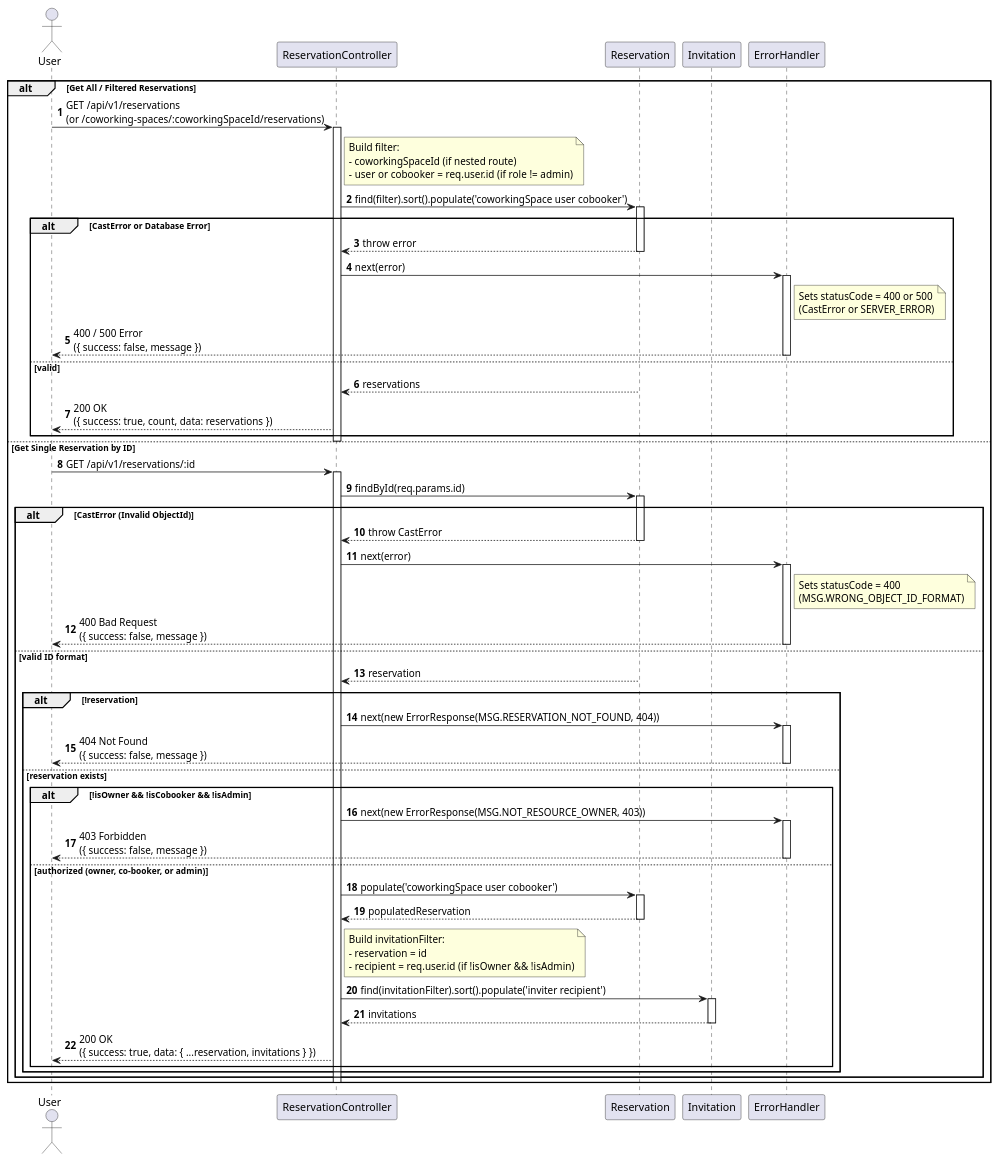
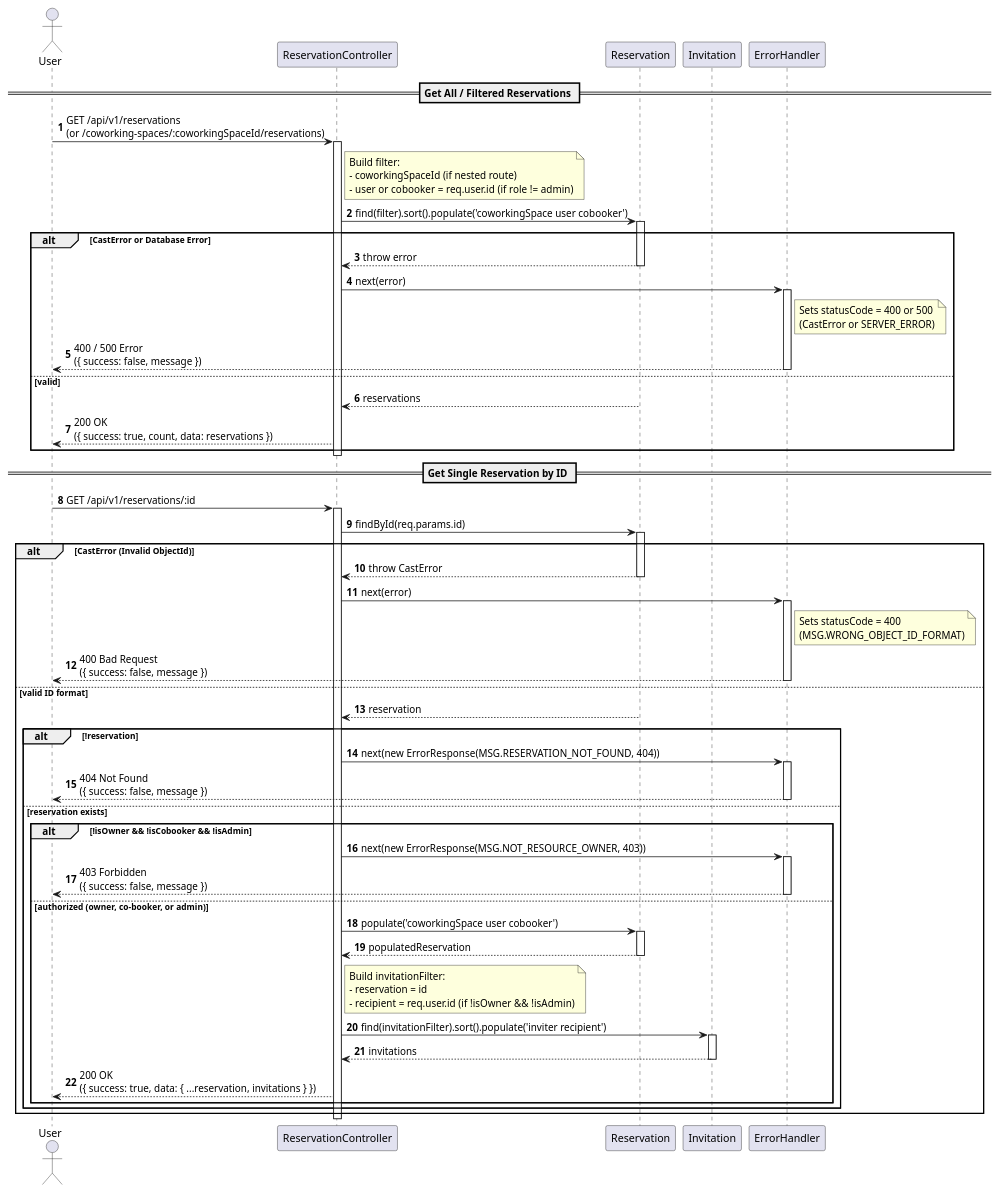
Before and after one commit to AiSiriRak/peony-room: the diagram in docs/diagrams/sequence-diagram/seq-view-reservations.puml, drawn with PlantUML. The commit also changed 10 other files, not shown here.

Commit message:
fix(docs): add logout seq and edit sequence

```diff
--- a/docs/diagrams/sequence-diagram/seq-view-reservations.puml
+++ b/docs/diagrams/sequence-diagram/seq-view-reservations.puml
@@ -1,85 +1,93 @@
 @startuml View Reservations Sequence
 autonumber
 
 actor "User" as user
 participant "ReservationController" as controller
 participant "Reservation" as reservationSchema
 participant "Invitation" as invitationSchema
 participant "ErrorHandler" as errHandler
 
-alt Get All / Filtered Reservations
-    user -> controller : GET /api/v1/reservations\n(or /coworking-spaces/:coworkingSpaceId/reservations)
-    activate controller
+== Get All / Filtered Reservations ==
 
-    note right of controller : Build filter:\n- coworkingSpaceId (if nested route)\n- user or cobooker = req.user.id (if role != admin)
+user -> controller : GET /api/v1/reservations\n(or /coworking-spaces/:coworkingSpaceId/reservations)
+activate controller
 
-    controller -> reservationSchema : find(filter).sort().populate('coworkingSpace user cobooker')
-    activate reservationSchema
+note right of controller : Build filter:\n- coworkingSpaceId (if nested route)\n- user or cobooker = req.user.id (if role != admin)
 
-    alt CastError or Database Error
-        reservationSchema --> controller : throw error
-        deactivate reservationSchema
-        controller -> errHandler : next(error)
+controller -> reservationSchema : find(filter).sort().populate('coworkingSpace user cobooker')
+activate reservationSchema
+
+alt CastError or Database Error
+    reservationSchema --> controller : throw error
+    deactivate reservationSchema
+
+    controller -> errHandler : next(error)
+    activate errHandler
+    note right of errHandler : Sets statusCode = 400 or 500\n(CastError or SERVER_ERROR)
+    errHandler --> user : 400 / 500 Error\n({ success: false, message })
+    deactivate errHandler
+
+else valid
+    reservationSchema --> controller : reservations
+    deactivate reservationSchema
+
+    controller --> user : 200 OK\n({ success: true, count, data: reservations })
+end
+
+deactivate controller
+
+== Get Single Reservation by ID ==
+
+user -> controller : GET /api/v1/reservations/:id
+activate controller
+
+controller -> reservationSchema : findById(req.params.id)
+activate reservationSchema
+
+alt CastError (Invalid ObjectId)
+    reservationSchema --> controller : throw CastError
+    deactivate reservationSchema
+
+    controller -> errHandler : next(error)
+    activate errHandler
+    note right of errHandler : Sets statusCode = 400\n(MSG.WRONG_OBJECT_ID_FORMAT)
+    errHandler --> user : 400 Bad Request\n({ success: false, message })
+    deactivate errHandler
+
+else valid ID format
+    reservationSchema --> controller : reservation
+    deactivate reservationSchema
+
+    alt !reservation
+        controller -> errHandler : next(new ErrorResponse(MSG.RESERVATION_NOT_FOUND, 404))
         activate errHandler
-        note right of errHandler : Sets statusCode = 400 or 500\n(CastError or SERVER_ERROR)
-        errHandler --> user : 400 / 500 Error\n({ success: false, message })
+        errHandler --> user : 404 Not Found\n({ success: false, message })
         deactivate errHandler
-    else valid
-        reservationSchema --> controller : reservations
-        deactivate reservationSchema
-        controller --> user : 200 OK\n({ success: true, count, data: reservations })
-    end
 
-    deactivate controller
+    else reservation exists
+        alt !isOwner && !isCobooker && !isAdmin
+            controller -> errHandler : next(new ErrorResponse(MSG.NOT_RESOURCE_OWNER, 403))
+            activate errHandler
+            errHandler --> user : 403 Forbidden\n({ success: false, message })
+            deactivate errHandler
 
-else Get Single Reservation by ID
-    user -> controller : GET /api/v1/reservations/:id
-    activate controller
+        else authorized (owner, co-booker, or admin)
+            controller -> reservationSchema : populate('coworkingSpace user cobooker')
+            activate reservationSchema
+            reservationSchema --> controller : populatedReservation
+            deactivate reservationSchema
 
-    controller -> reservationSchema : findById(req.params.id)
-    activate reservationSchema
+            note right of controller : Build invitationFilter:\n- reservation = id\n- recipient = req.user.id (if !isOwner && !isAdmin)
 
-    alt CastError (Invalid ObjectId)
-        reservationSchema --> controller : throw CastError
-        deactivate reservationSchema
-        controller -> errHandler : next(error)
-        activate errHandler
-        note right of errHandler : Sets statusCode = 400\n(MSG.WRONG_OBJECT_ID_FORMAT)
-        errHandler --> user : 400 Bad Request\n({ success: false, message })
-        deactivate errHandler
-    else valid ID format
-        reservationSchema --> controller : reservation
-        deactivate reservationSchema
+            controller -> invitationSchema : find(invitationFilter).sort().populate('inviter recipient')
+            activate invitationSchema
+            invitationSchema --> controller : invitations
+            deactivate invitationSchema
 
-        alt !reservation
-            controller -> errHandler : next(new ErrorResponse(MSG.RESERVATION_NOT_FOUND, 404))
-            activate errHandler
-            errHandler --> user : 404 Not Found\n({ success: false, message })
-            deactivate errHandler
-        else reservation exists
-            alt !isOwner && !isCobooker && !isAdmin
-                controller -> errHandler : next(new ErrorResponse(MSG.NOT_RESOURCE_OWNER, 403))
-                activate errHandler
-                errHandler --> user : 403 Forbidden\n({ success: false, message })
-                deactivate errHandler
-            else authorized (owner, co-booker, or admin)
-                controller -> reservationSchema : populate('coworkingSpace user cobooker')
-                activate reservationSchema
-                reservationSchema --> controller : populatedReservation
-                deactivate reservationSchema
-
-                note right of controller : Build invitationFilter:\n- reservation = id\n- recipient = req.user.id (if !isOwner && !isAdmin)
-
-                controller -> invitationSchema : find(invitationFilter).sort().populate('inviter recipient')
-                activate invitationSchema
-                invitationSchema --> controller : invitations
-                deactivate invitationSchema
-
-                controller --> user : 200 OK\n({ success: true, data: { ...reservation, invitations } })
-            end
+            controller --> user : 200 OK\n({ success: true, data: { ...reservation, invitations } })
         end
     end
+end
 
-    deactivate controller
-end
+deactivate controller
 @enduml
```
